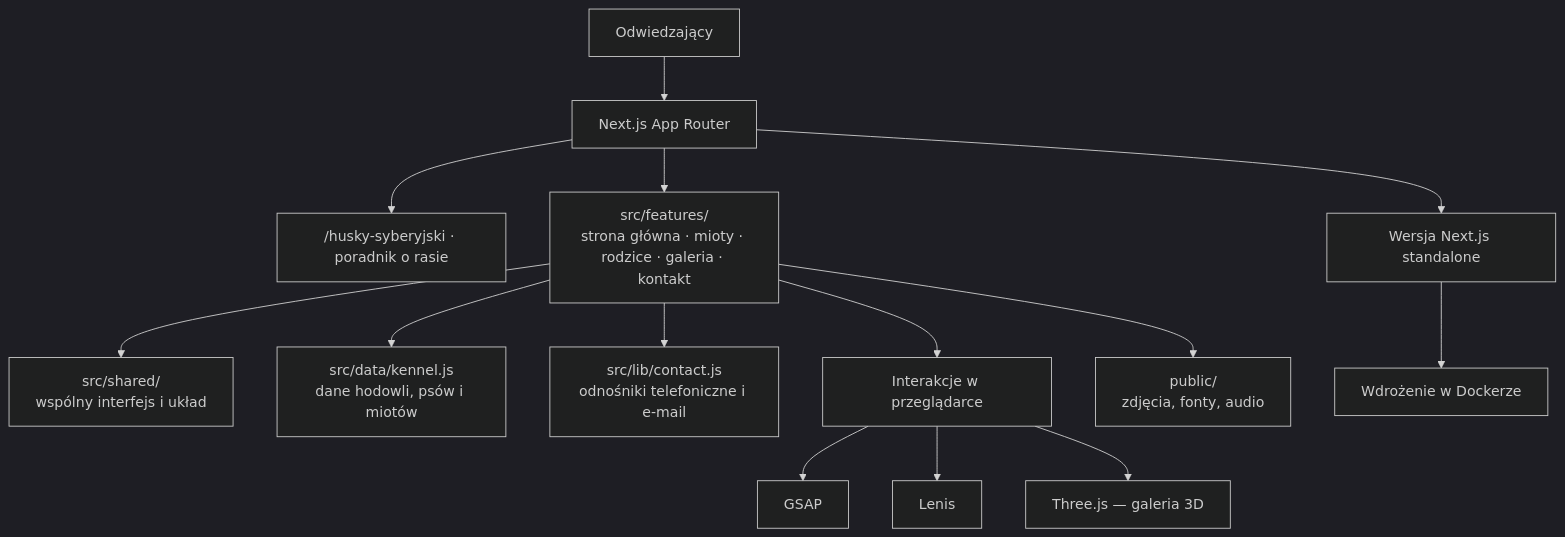
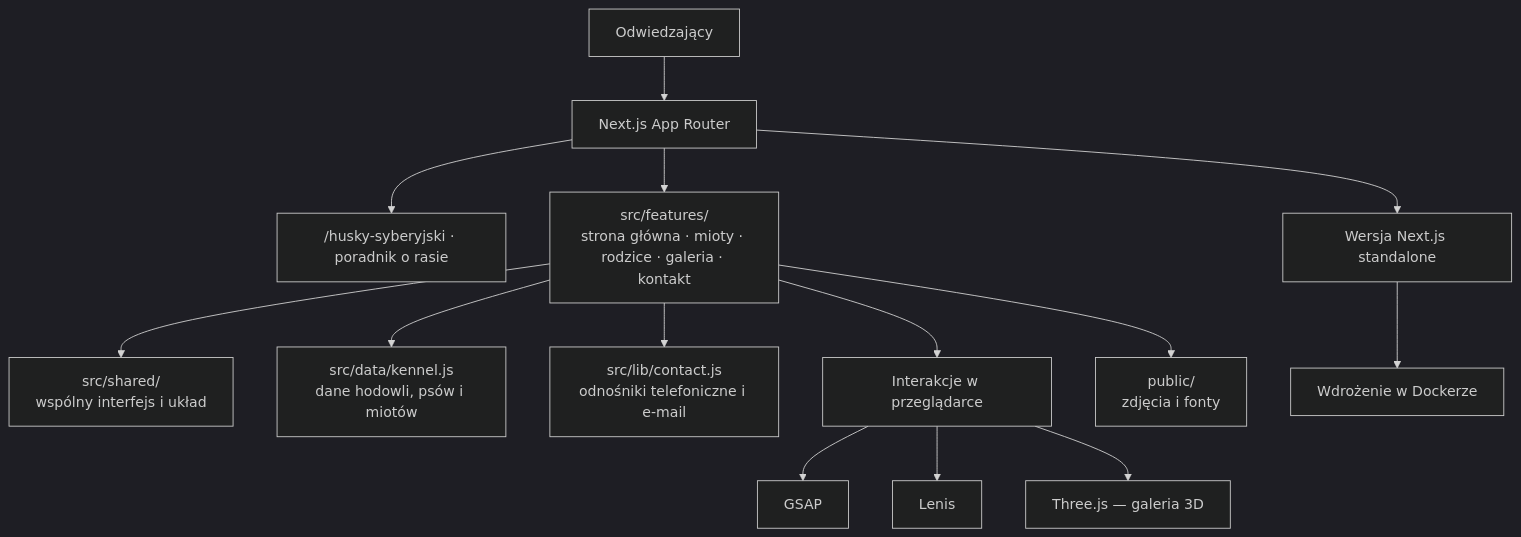
One commit to 221Studios/Syberis changed the diagram in README.md. Above: the diagram before and after it, drawn with Mermaid (dark theme). The commit also changed 112 other files, not shown here.

````diff
--- a/README.md
+++ b/README.md
@@ -112,16 +112,16 @@
 ```mermaid
 flowchart TD
     Visitor[Odwiedzający] --> Routes[Next.js App Router]
     Routes --> Guide["/husky-syberyjski · poradnik o rasie"]
     Routes --> Features[src/features/<br/>strona główna · mioty · rodzice · galeria · kontakt]
     Features --> Shared[src/shared/<br/>wspólny interfejs i układ]
     Features --> KennelData[src/data/kennel.js<br/>dane hodowli, psów i miotów]
     Features --> Contact[src/lib/contact.js<br/>odnośniki telefoniczne i e-mail]
     Features --> Browser[Interakcje w przeglądarce]
     Browser --> GSAP
     Browser --> Lenis
     Browser --> ThreeJS[Three.js — galeria 3D]
-    Features --> Assets[public/<br/>zdjęcia, fonty, audio]
+    Features --> Assets[public/<br/>zdjęcia i fonty]
     Routes --> Standalone[Wersja Next.js standalone]
     Standalone --> Docker[Wdrożenie w Dockerze]
 ```
````
